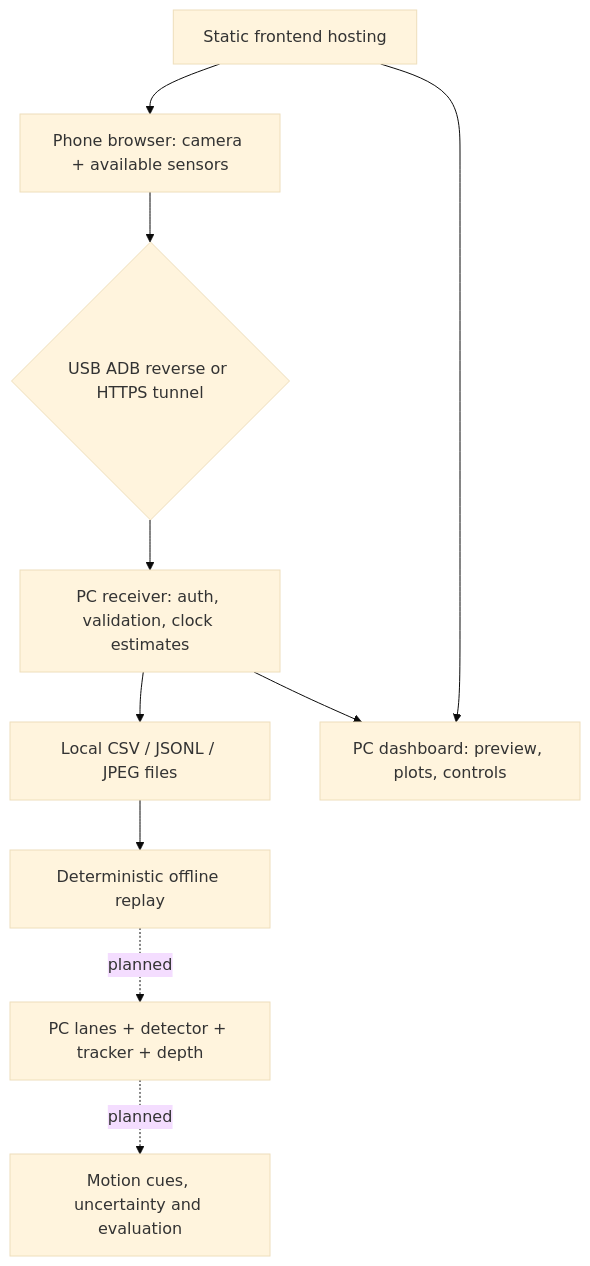
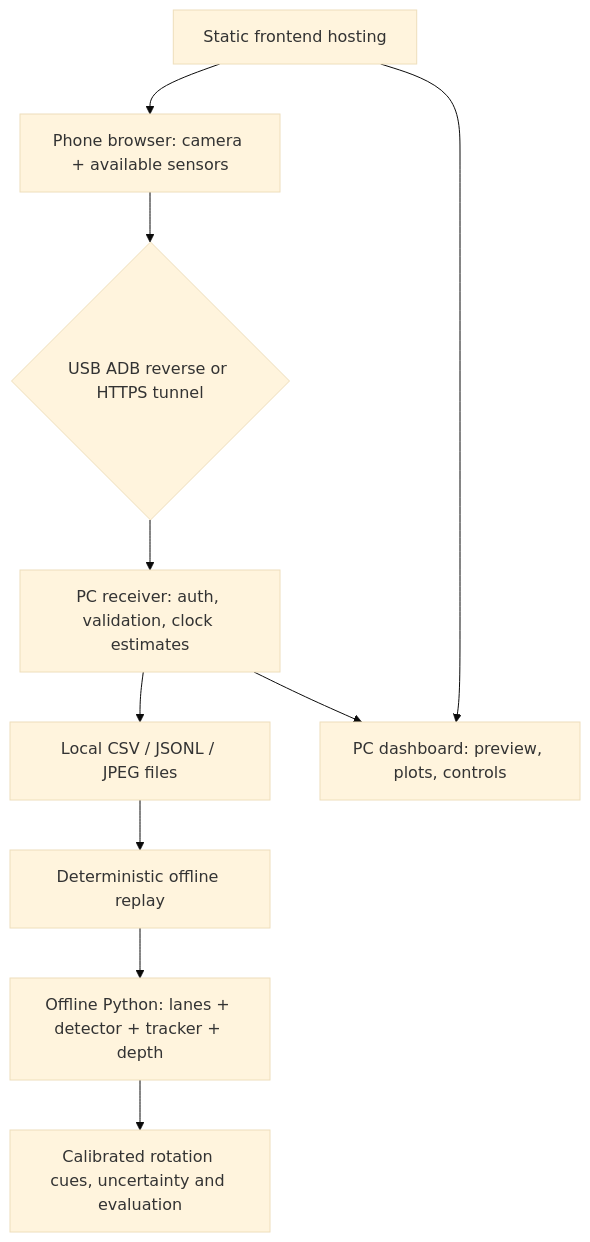
Before and after one commit to DeoneAI/tepegoz: the first of 3 diagrams in README.md, drawn with Mermaid (base theme). The commit also changed other lines of this file and 106 other files, not shown here.

````diff
--- a/README.md
+++ b/README.md
@@ -78,12 +98,12 @@
 ```mermaid
 flowchart TB
   phone["Phone browser: camera + available sensors"] --> route{"USB ADB reverse or HTTPS tunnel"}
   route --> receiver["PC receiver: auth, validation, clock estimates"]
   receiver --> records["Local CSV / JSONL / JPEG files"]
   receiver --> dashboard["PC dashboard: preview, plots, controls"]
   records --> replay["Deterministic offline replay"]
-  replay -. "planned" .-> perception["PC lanes + detector + tracker + depth"]
-  perception -. "planned" .-> fusion["Motion cues, uncertainty and evaluation"]
+  replay --> perception["Offline Python: lanes + detector + tracker + depth"]
+  perception --> fusion["Calibrated rotation cues, uncertainty and evaluation"]
   hosting["Static frontend hosting"] --> phone
   hosting --> dashboard
 ```
````
